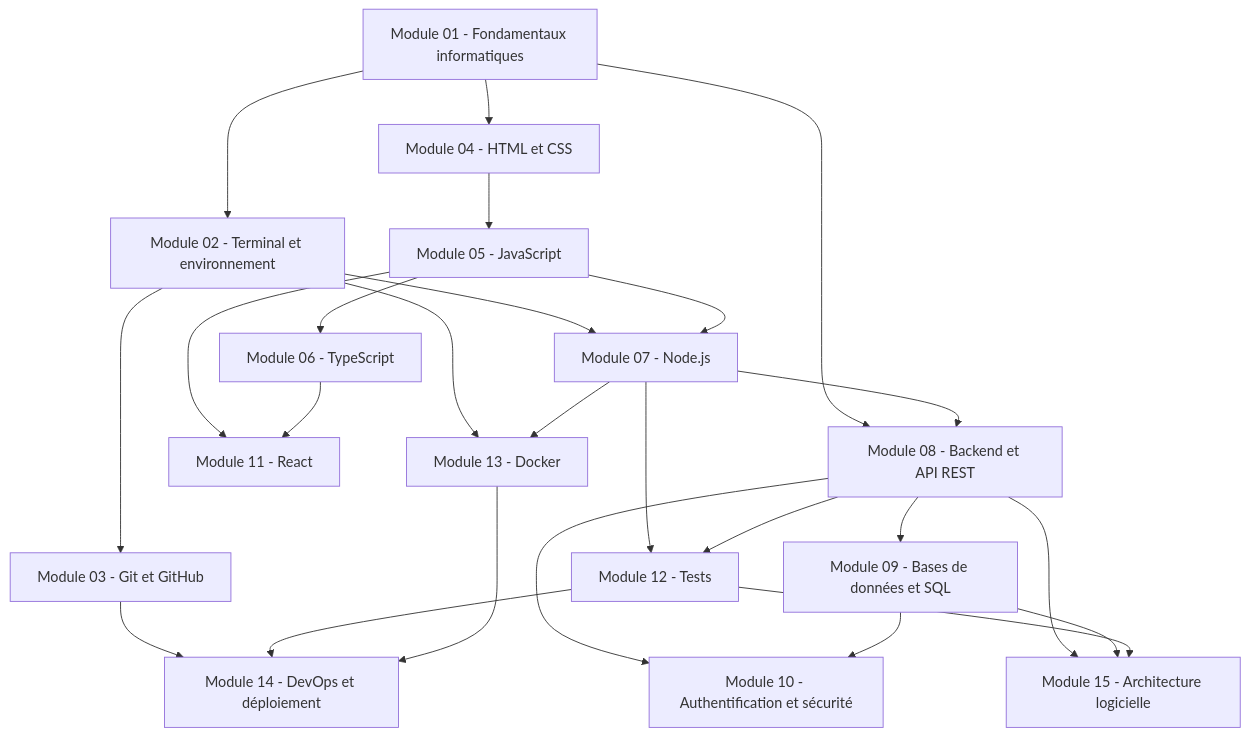
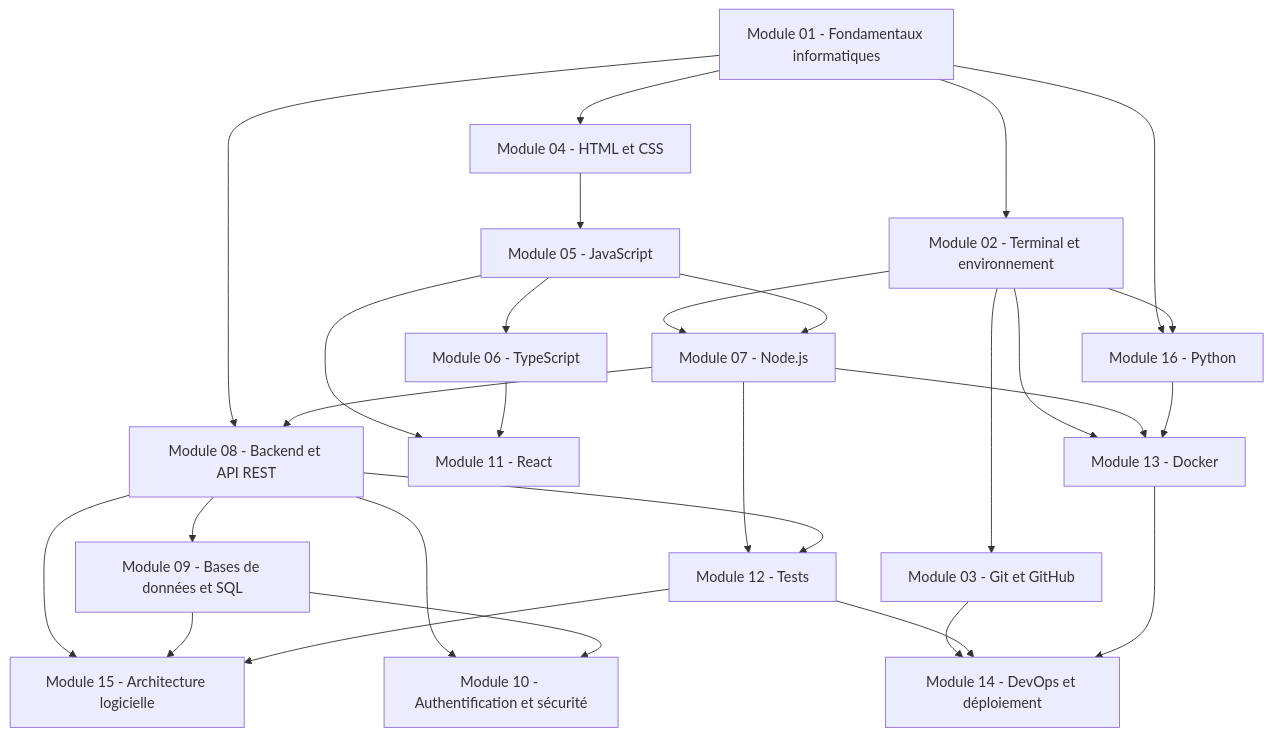
Before and after one commit to galsen-76/Informatique-: the diagram in 01 — Parcours/Parcours.md, drawn with Mermaid. The commit also changed other lines of this file and 63 other files, not shown here.

````diff
--- a/01 — Parcours/Parcours.md
+++ b/01 — Parcours/Parcours.md
@@ -12,57 +12,62 @@
 ```mermaid
 flowchart TD
   M1["Module 01 - Fondamentaux informatiques"]
   M2["Module 02 - Terminal et environnement"]
   M3["Module 03 - Git et GitHub"]
   M4["Module 04 - HTML et CSS"]
   M5["Module 05 - JavaScript"]
   M6["Module 06 - TypeScript"]
   M7["Module 07 - Node.js"]
   M8["Module 08 - Backend et API REST"]
   M9["Module 09 - Bases de données et SQL"]
   M10["Module 10 - Authentification et sécurité"]
   M11["Module 11 - React"]
   M12["Module 12 - Tests"]
   M13["Module 13 - Docker"]
   M14["Module 14 - DevOps et déploiement"]
   M15["Module 15 - Architecture logicielle"]
+  M16["Module 16 - Python"]
   M1 --> M2
   M2 --> M3
   M1 --> M4
   M4 --> M5
   M5 --> M6
   M2 --> M7
   M5 --> M7
   M1 --> M8
   M7 --> M8
   M8 --> M9
   M8 --> M10
   M9 --> M10
   M5 --> M11
   M6 --> M11
   M7 --> M12
   M8 --> M12
   M2 --> M13
   M7 --> M13
   M3 --> M14
   M12 --> M14
   M13 --> M14
   M8 --> M15
   M9 --> M15
   M12 --> M15
+  M1 --> M16
+  M2 --> M16
+  M16 --> M13
   class M1 internal-link;
   class M2 internal-link;
   class M3 internal-link;
   class M4 internal-link;
   class M5 internal-link;
   class M6 internal-link;
   class M7 internal-link;
   class M8 internal-link;
   class M9 internal-link;
   class M10 internal-link;
   class M11 internal-link;
   class M12 internal-link;
   class M13 internal-link;
   class M14 internal-link;
   class M15 internal-link;
+  class M16 internal-link;
 ```
````
